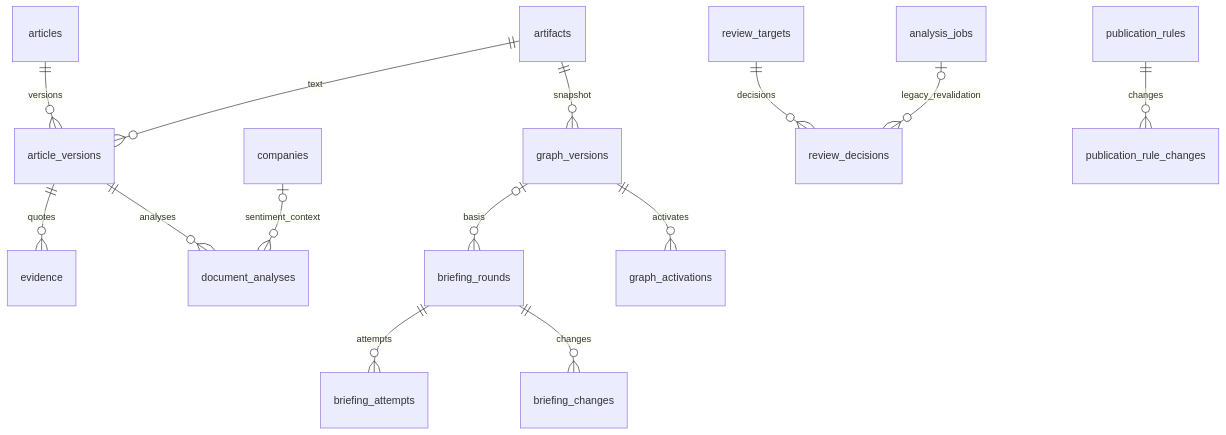
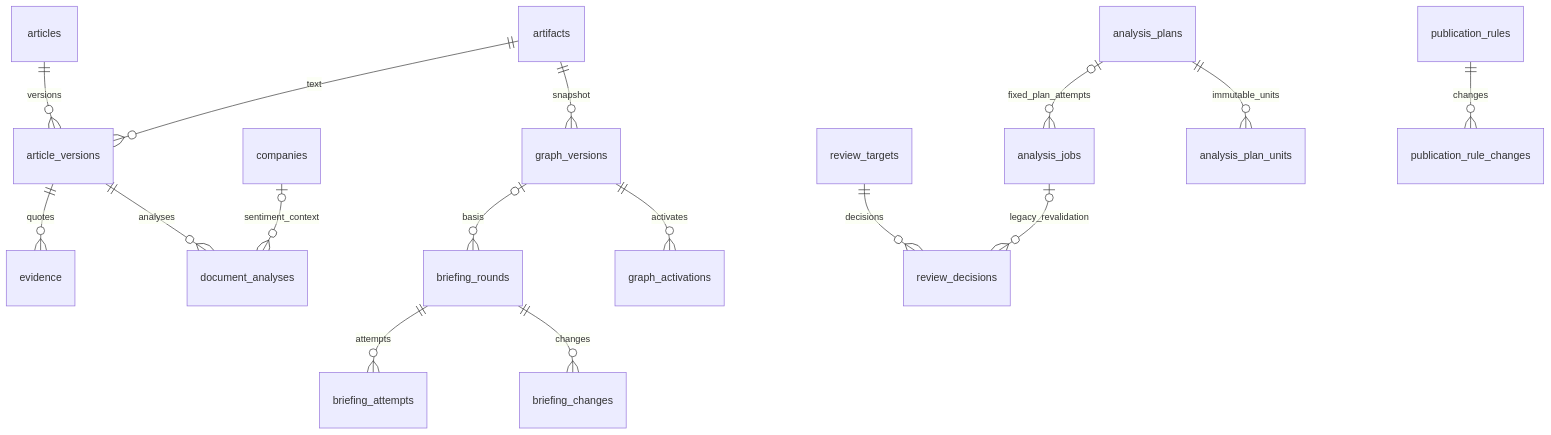
The second of 2 diagrams in docs/erd/zoop-core-erd-v6.md (Donbug/zoop), drawn with Mermaid before and after one commit. The commit also changed other lines of this file and 60 other files, not shown here.

First line of the commit message:
feat(api): execute admitted plans through durable analysis jobs

````diff
--- a/docs/erd/zoop-core-erd-v6.md
+++ b/docs/erd/zoop-core-erd-v6.md
@@ -644,16 +678,18 @@
 ```mermaid
 erDiagram
     articles ||--o{ article_versions : versions
     artifacts ||--o{ article_versions : text
     article_versions ||--o{ evidence : quotes
     article_versions ||--o{ document_analyses : analyses
     companies o|--o{ document_analyses : sentiment_context
     artifacts ||--o{ graph_versions : snapshot
     graph_versions o|--o{ briefing_rounds : basis
     briefing_rounds ||--o{ briefing_attempts : attempts
     briefing_rounds ||--o{ briefing_changes : changes
     graph_versions ||--o{ graph_activations : activates
     review_targets ||--o{ review_decisions : decisions
     analysis_jobs o|--o{ review_decisions : legacy_revalidation
+    analysis_plans o|--o{ analysis_jobs : fixed_plan_attempts
+    analysis_plans ||--o{ analysis_plan_units : immutable_units
     publication_rules ||--o{ publication_rule_changes : changes
 ```
````
